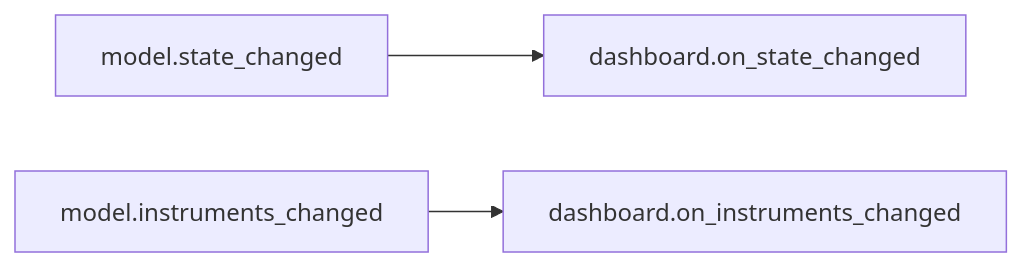
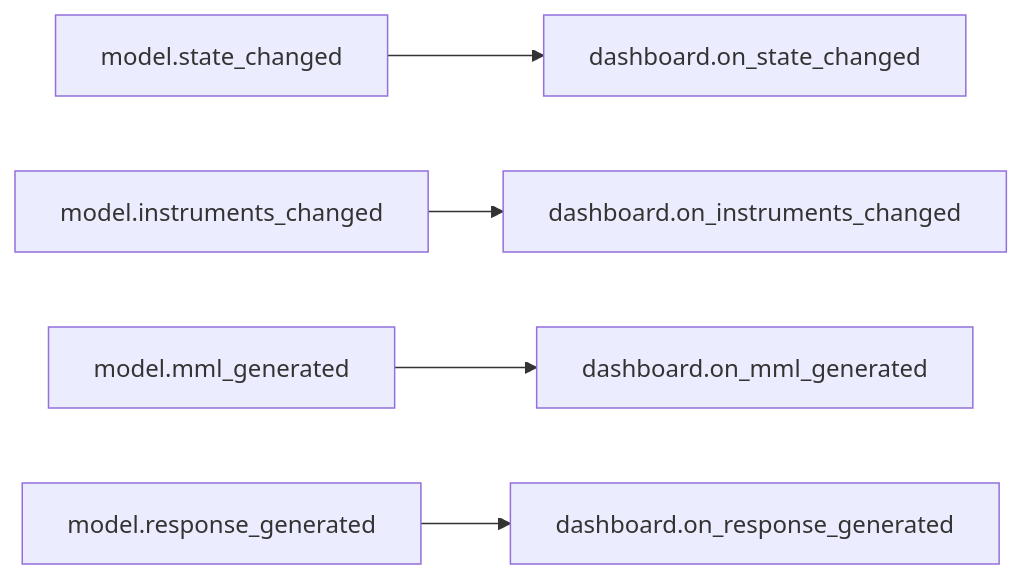
One commit to com-posers-pit/smw_music changed the first of 9 diagrams in doc/source/dashboard_signal_slot_map.rst. Above: the diagram before and after it, drawn with Mermaid. The commit also changed 2 other files, not shown here.

Commit message:
Reattach MML generation in UI
Now playing:
Raw, Unfiltered Calamity by DM DOKURO

```diff
--- a/doc/source/dashboard_signal_slot_map.rst
+++ b/doc/source/dashboard_signal_slot_map.rst
@@ -20,5 +20,7 @@
 .. mermaid::
 
    flowchart LR
       model.state_changed --> dashboard.on_state_changed
       model.instruments_changed --> dashboard.on_instruments_changed
+      model.mml_generated --> dashboard.on_mml_generated
+      model.response_generated --> dashboard.on_response_generated
```
